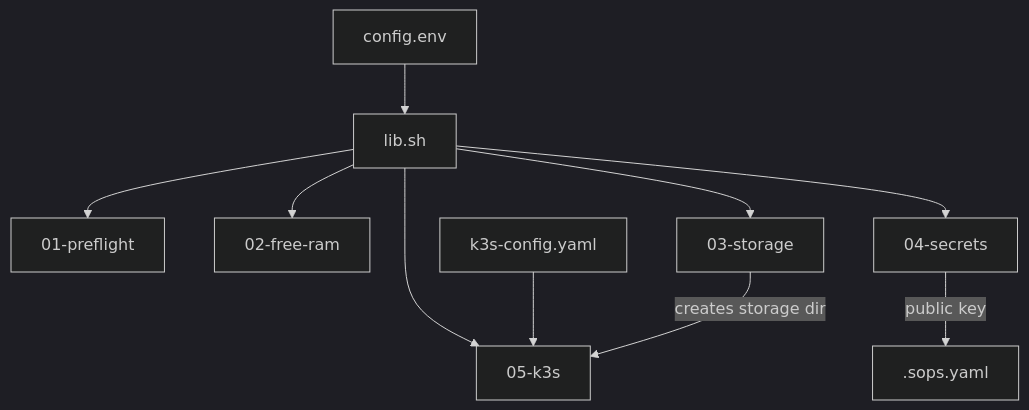
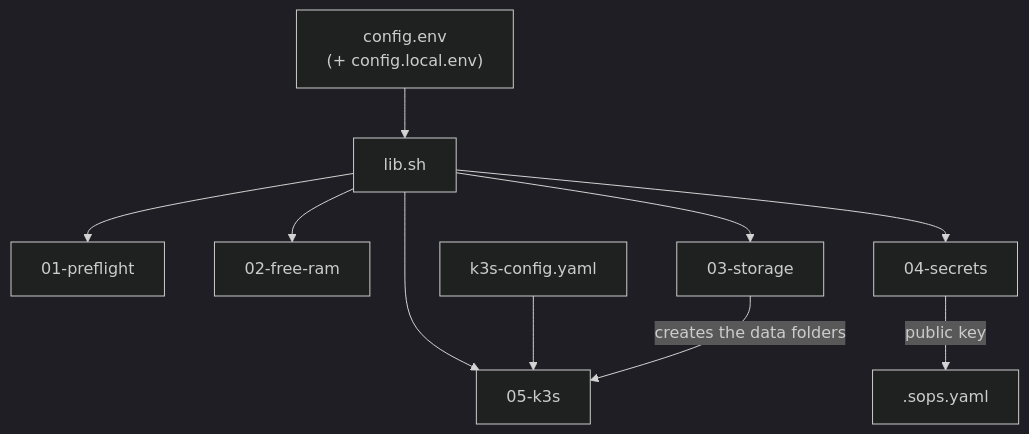
Before and after one commit to rupeshofficedata/homelab: the diagram in bootstrap/README.md, drawn with Mermaid (dark theme). The commit also changed other lines of this file and 47 other files, not shown here.

````diff
--- a/bootstrap/README.md
+++ b/bootstrap/README.md
@@ -31,8 +34,8 @@
 ```mermaid
 flowchart TD
-  cfg[config.env] --> lib[lib.sh]
-  lib --> s1[01-preflight] & s2[02-free-ram] & s3[03-storage] & s4[04-secrets] & s5[05-k3s]
-  kc[k3s-config.yaml] --> s5
-  s3 -->|creates storage dir| s5
-  s4 -->|public key| sops[.sops.yaml]
+  cfg["config.env<br/>(+ config.local.env)"] --> lib["lib.sh"]
+  lib --> s1["01-preflight"] & s2["02-free-ram"] & s3["03-storage"] & s4["04-secrets"] & s5["05-k3s"]
+  kc["k3s-config.yaml"] --> s5
+  s3 -->|"creates the data folders"| s5
+  s4 -->|"public key"| sops[".sops.yaml"]
 ```
````
